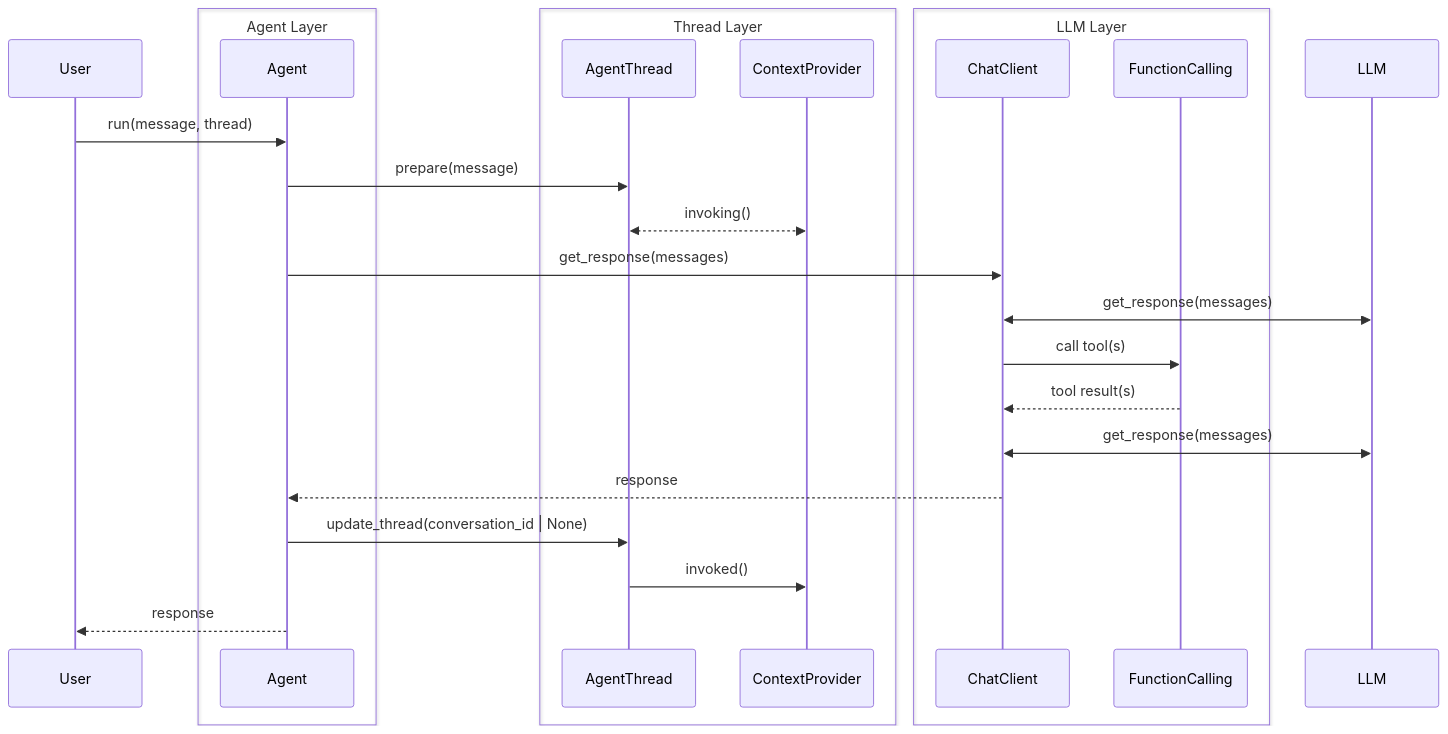
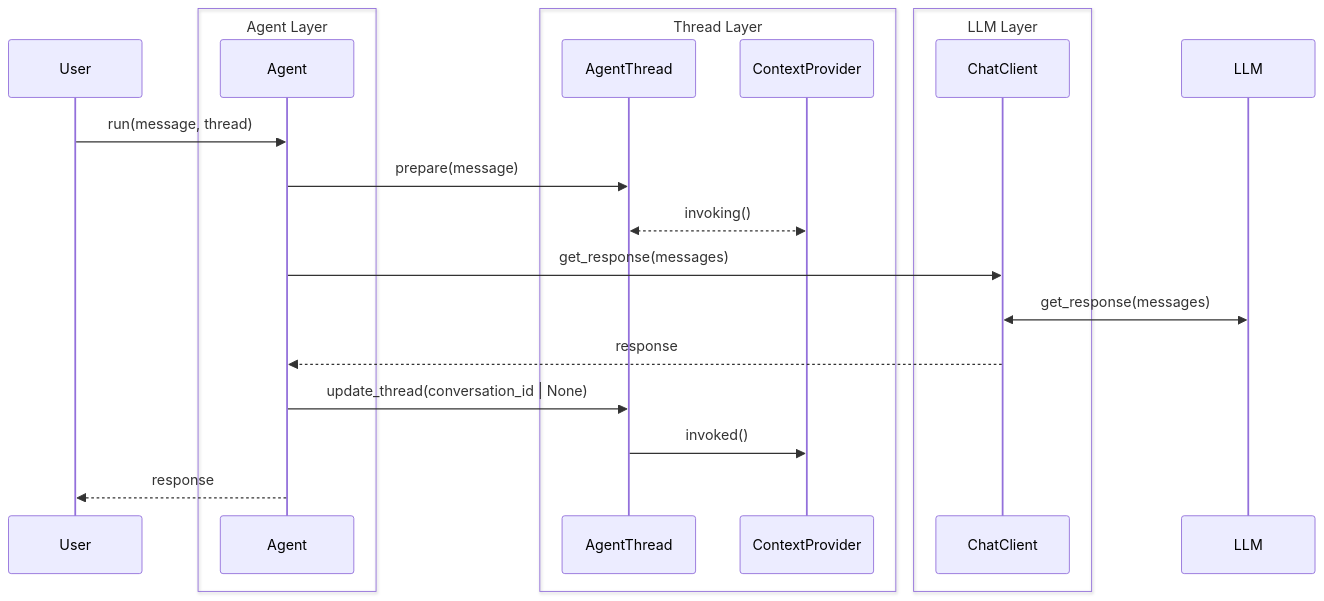
The second of 4 diagrams in docs/decisions/00XX-python-agent-threads.md (microsoft/agent-framework), drawn with Mermaid before and after one commit. The commit also changed other lines of this file, not shown here.

````diff
--- a/docs/decisions/00XX-python-agent-threads.md
+++ b/docs/decisions/00XX-python-agent-threads.md
@@ -60,29 +56,25 @@
 ```mermaid
 sequenceDiagram
         participant User
     box Agent Layer
         participant Agent
     end
     box Thread Layer
         participant AgentThread
         participant ContextProvider
     end
     box LLM Layer
         participant ChatClient
-        participant FunctionCalling
     end
         participant LLM
 
     User->>Agent: run(message, thread)
     Agent->>AgentThread: prepare(message)
     AgentThread<<-->>ContextProvider: invoking()
     Agent->>ChatClient: get_response(messages)
     ChatClient<<->>LLM: get_response(messages)
-    ChatClient->>FunctionCalling: call tool(s)
-    FunctionCalling-->>ChatClient: tool result(s)
-    ChatClient<<->>LLM: get_response(messages)
     ChatClient-->>Agent: response
     Agent->>AgentThread: update_thread(conversation_id | None)
     AgentThread->>ContextProvider: invoked()
     Agent-->>User: response
 ```
````
